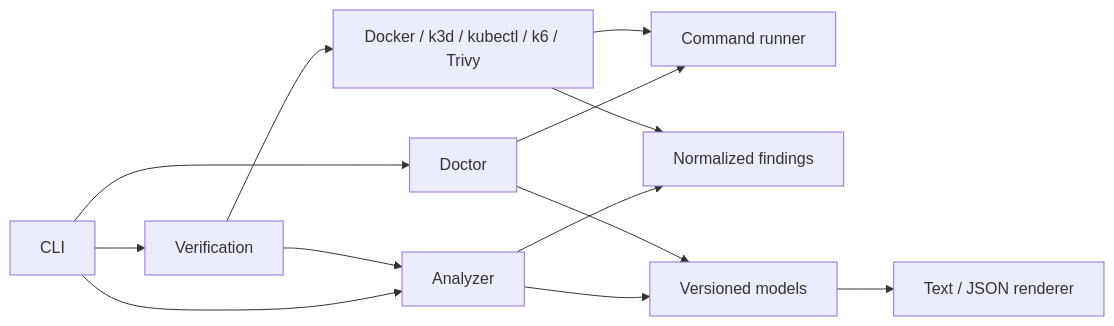
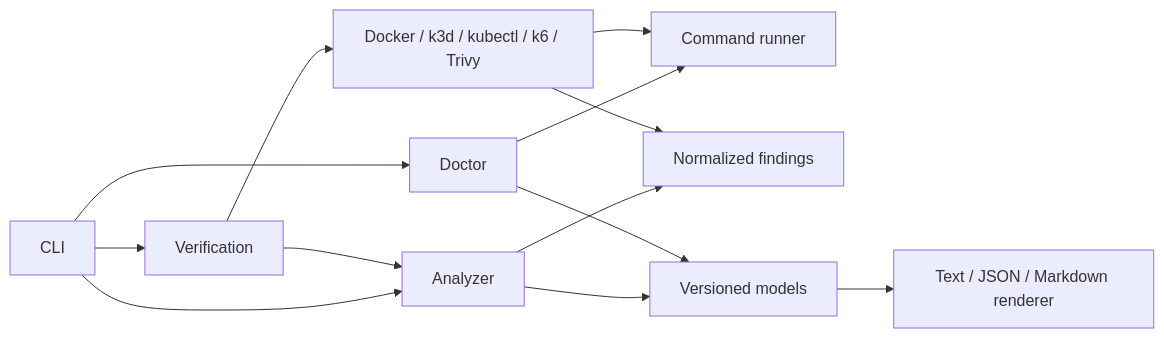
The diagram in docs/architecture.md (noor15102002/cloud-forge), drawn with Mermaid before and after one commit. The commit also changed other lines of this file and 18 other files, not shown here.

````diff
--- a/docs/architecture.md
+++ b/docs/architecture.md
@@ -24,15 +24,15 @@
 ```mermaid
 flowchart LR
     CLI --> Analyzer
     CLI --> Doctor
     CLI --> Verification
     Doctor --> Runner[Command runner]
     Verification --> Analyzer
     Verification --> Executor[Docker / k3d / kubectl / k6 / Trivy]
     Analyzer --> Findings[Normalized findings]
     Executor --> Findings
     Executor --> Runner
     Analyzer --> Model[Versioned models]
     Doctor --> Model
-    Model --> Render[Text / JSON renderer]
+    Model --> Render[Text / JSON / Markdown renderer]
 ```
````
